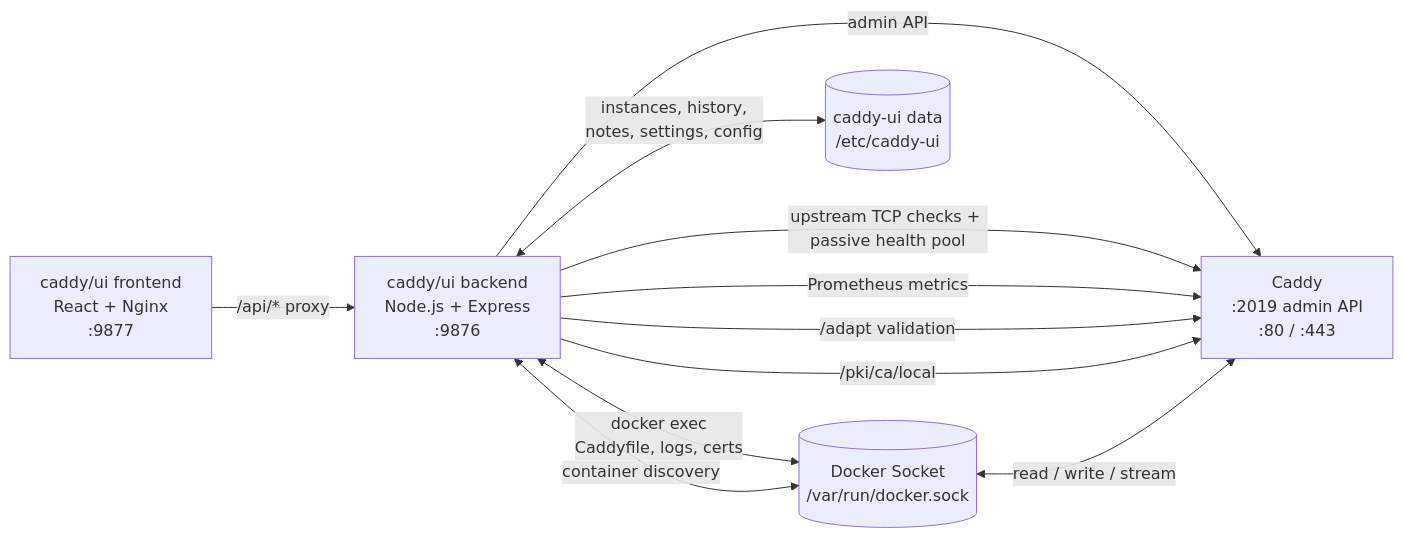
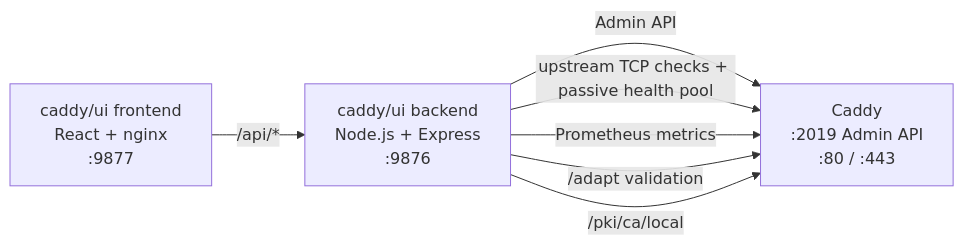
One commit to Trblz42/caddy-ui changed the first of 2 diagrams in docs/src/architecture.md. Above: the diagram before and after it, drawn with Mermaid. The commit also changed other lines of this file and 26 other files, not shown here.

````diff
--- a/docs/src/architecture.md
+++ b/docs/src/architecture.md
@@ -5,19 +9,15 @@
 ```mermaid
-graph LR
-    FE["caddy/ui frontend\nReact + Nginx\n:9877"]
-    BE["caddy/ui backend\nNode.js + Express\n:9876"]
-    DS[("Docker Socket\n/var/run/docker.sock")]
-    CA["Caddy\n:2019 admin API\n:80 / :443"]
-    UI_DATA[("caddy-ui data\n/etc/caddy-ui")]
+flowchart LR
+    accTitle: Request flow
+    accDescr: The frontend proxies API requests to the backend. The backend communicates with Caddy's admin API.
+    FE["caddy/ui frontend<br/>React + nginx<br/>:9877"]
+    BE["caddy/ui backend<br/>Node.js + Express<br/>:9876"]
+    CA["Caddy<br/>:2019 Admin API<br/>:80 / :443"]
 
-    FE -->|"/api/* proxy"| BE
-    BE -->|"admin API"| CA
+    FE -->|"/api/*"| BE
+    BE -->|"Admin API"| CA
     BE -->|"upstream TCP checks + passive health pool"| CA
     BE -->|"Prometheus metrics"| CA
     BE -->|"/adapt validation"| CA
     BE -->|"/pki/ca/local"| CA
-    BE <-->|"docker exec\nCaddyfile, logs, certs"| DS
-    DS <-->|"read / write / stream"| CA
-    BE <-->|"container discovery"| DS
-    BE <-->|"instances, history,\nnotes, settings, config"| UI_DATA
 ```
````
